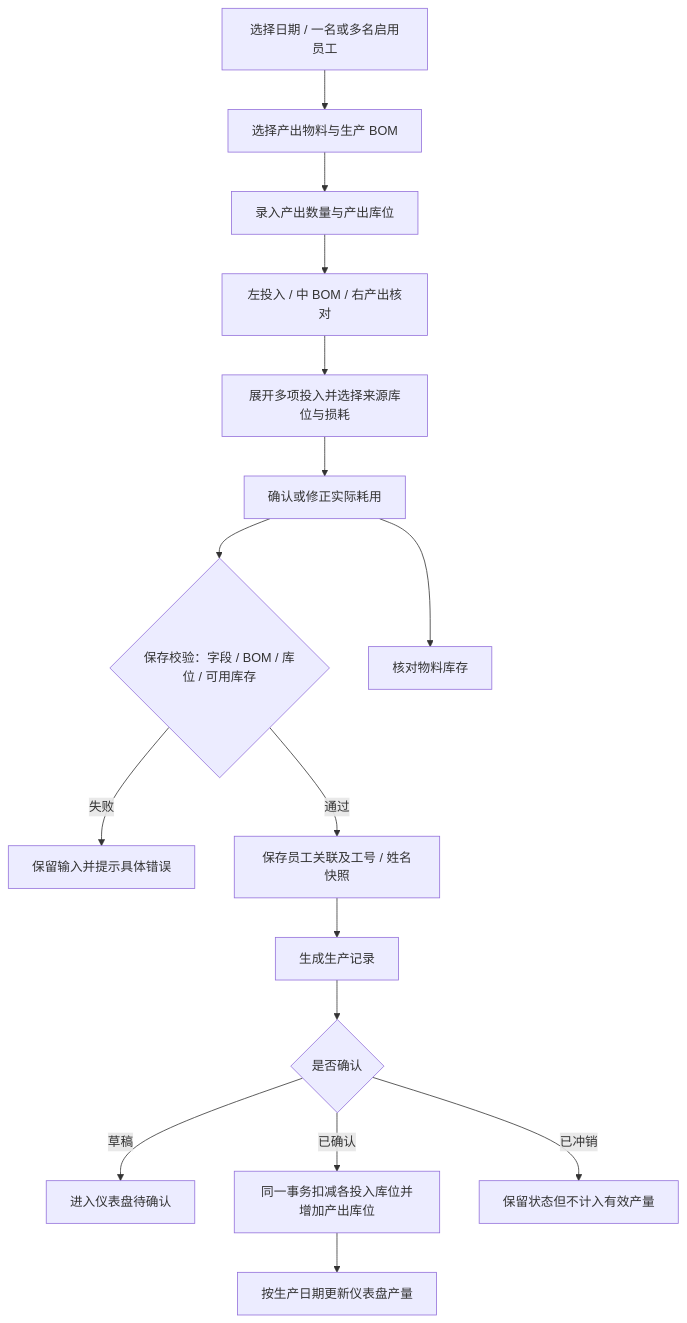
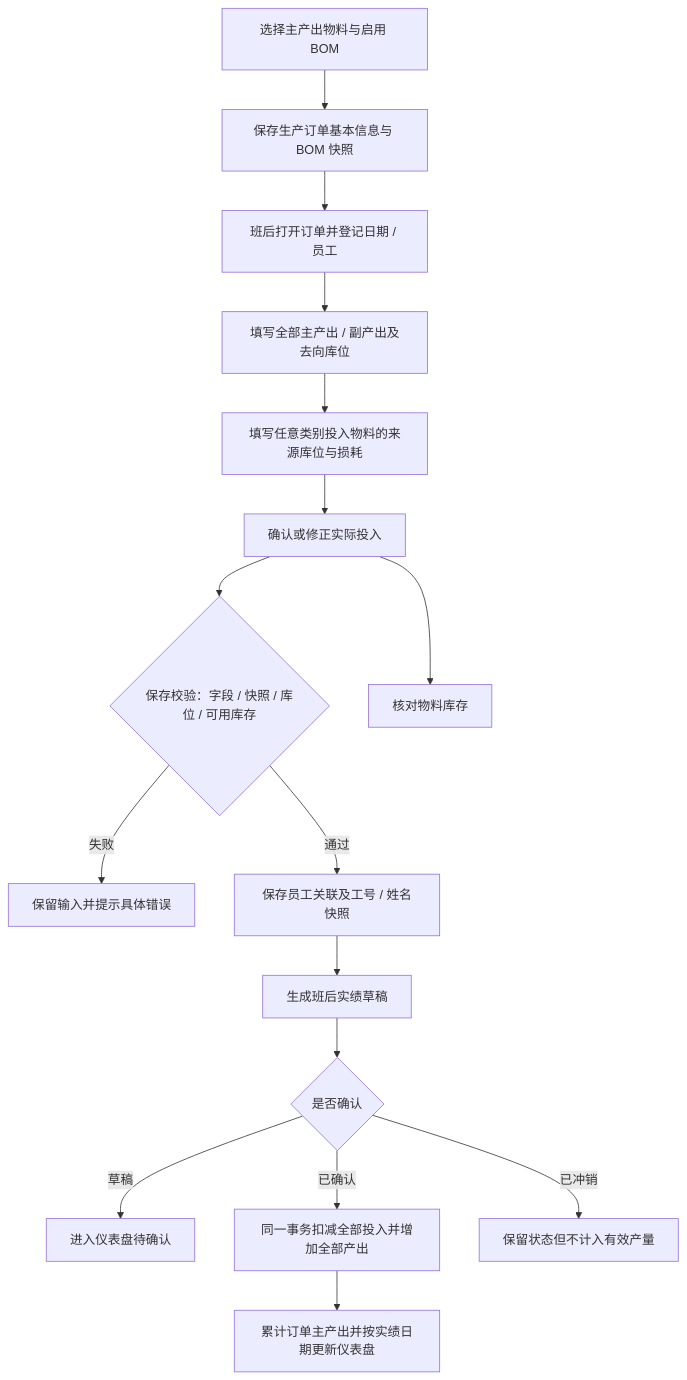
The tenth of 17 diagrams in docs/minierp/system-function-flow.md (goldf2/mes-lite), drawn with Mermaid before and after one commit. The commit also changed other lines of this file and 38 other files, not shown here.

````diff
--- a/docs/minierp/system-function-flow.md
+++ b/docs/minierp/system-function-flow.md
@@ -339,18 +339,18 @@
 ```mermaid
 flowchart TD
-  A["选择日期 / 一名或多名启用员工"] --> B["选择产出物料与生产 BOM"]
-  B --> C["录入产出数量与产出库位"]
-  C --> D["左投入 / 中 BOM / 右产出核对"]
-  D --> E["展开多项投入并选择来源库位与损耗"]
-  E --> I["确认或修正实际耗用"]
-  I --> V{"保存校验：字段 / BOM / 库位 / 可用库存"}
+  A["选择主产出物料与启用 BOM"] --> B["保存生产订单基本信息与 BOM 快照"]
+  B --> C["班后打开订单并登记日期 / 员工"]
+  C --> D["填写全部主产出 / 副产出及去向库位"]
+  D --> E["填写任意类别投入物料的来源库位与损耗"]
+  E --> I["确认或修正实际投入"]
+  I --> V{"保存校验：字段 / 快照 / 库位 / 可用库存"}
   V -->|失败| X["保留输入并提示具体错误"]
   V -->|通过| J["保存员工关联及工号 / 姓名快照"]
-  J --> F["生成生产记录"]
+  J --> F["生成班后实绩草稿"]
   F --> K{"是否确认"}
   K -->|草稿| L["进入仪表盘待确认"]
-  K -->|已确认| N["同一事务扣减各投入库位并增加产出库位"]
-  N --> G["按生产日期更新仪表盘产量"]
+  K -->|已确认| N["同一事务扣减全部投入并增加全部产出"]
+  N --> G["累计订单主产出并按实绩日期更新仪表盘"]
   K -->|已冲销| M["保留状态但不计入有效产量"]
   I --> H["核对物料库存"]
 ```
````
